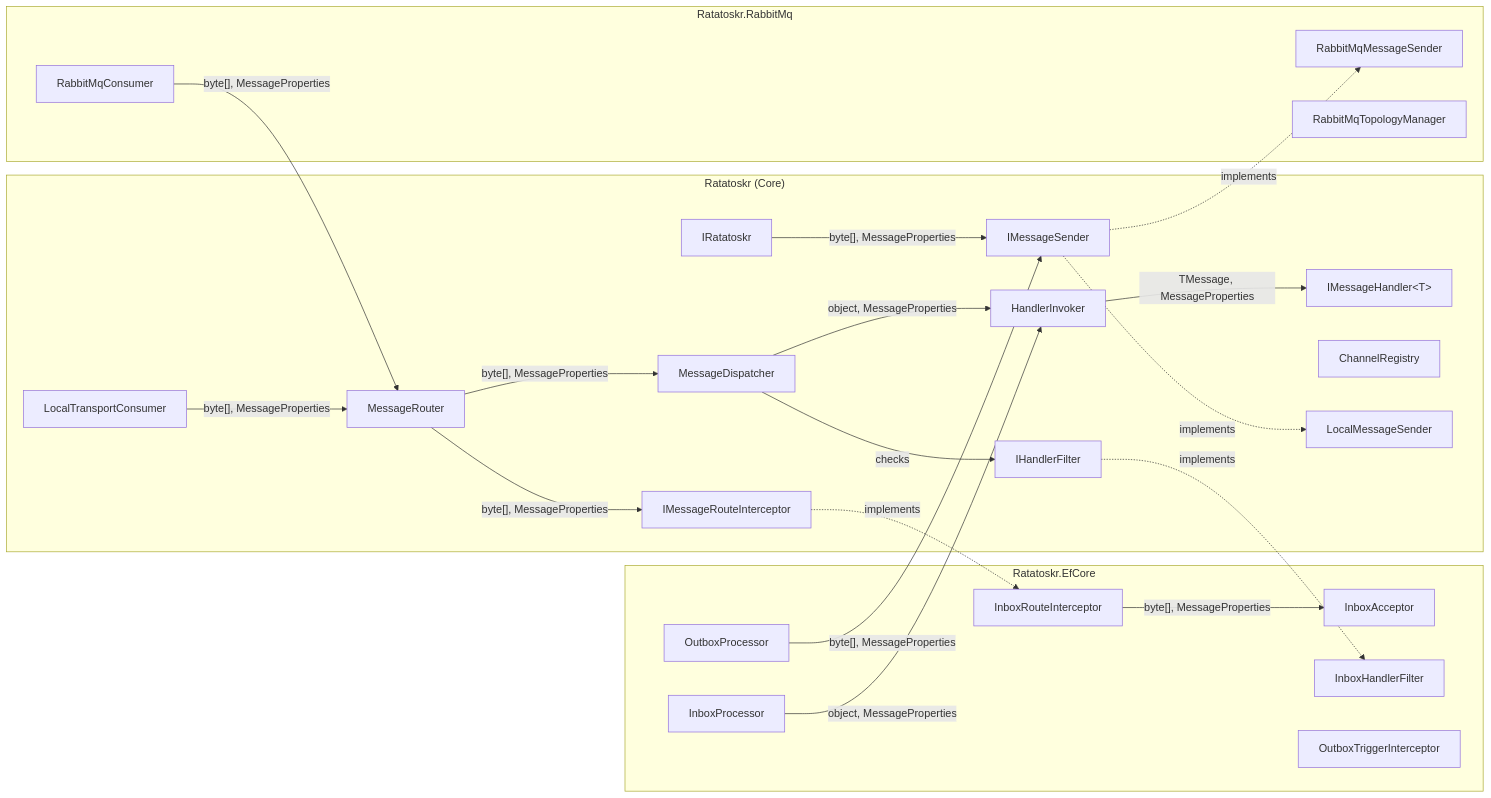
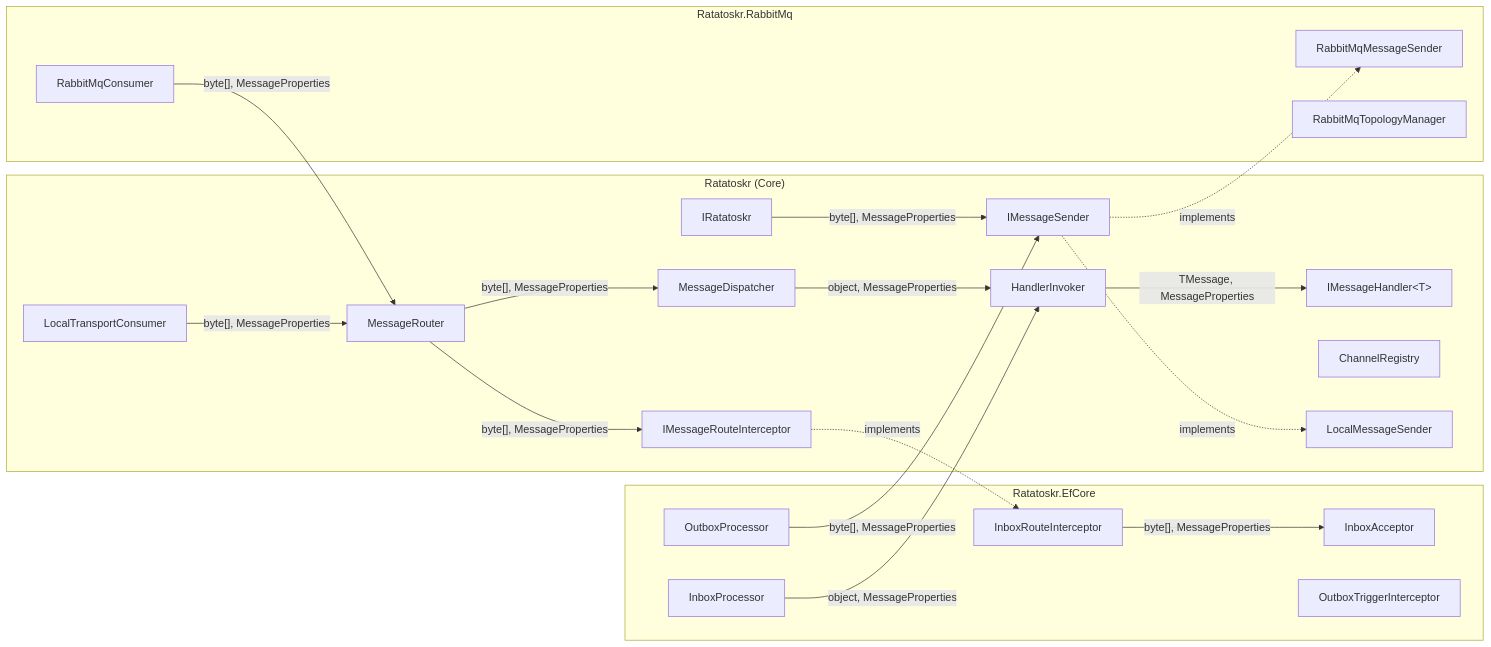
The first of 9 diagrams in docs/architecture.md (saithis/Ratatoskr), drawn with Mermaid before and after one commit. The commit also changed other lines of this file and 51 other files, not shown here.

````diff
--- a/docs/architecture.md
+++ b/docs/architecture.md
@@ -7,47 +7,43 @@
 ```mermaid
 graph LR
     subgraph Core ["Ratatoskr (Core)"]
         IRatatoskr["IRatatoskr"]
         IMessageSender["IMessageSender"]
         IMessageHandler["IMessageHandler&lt;T&gt;"]
         IRouteInterceptor["IMessageRouteInterceptor"]
-        IHandlerFilter["IHandlerFilter"]
         MessageRouter["MessageRouter"]
         MessageDispatcher["MessageDispatcher"]
         HandlerInvoker["HandlerInvoker"]
         ChannelRegistry["ChannelRegistry"]
         LocalSender["LocalMessageSender"]
         LocalConsumer["LocalTransportConsumer"]
     end
 
     subgraph EfCore ["Ratatoskr.EfCore"]
         OutboxProcessor["OutboxProcessor"]
         InboxProcessor["InboxProcessor"]
         InboxAcceptor["InboxAcceptor"]
         InboxInterceptor["InboxRouteInterceptor"]
-        InboxFilter["InboxHandlerFilter"]
         OutboxInterceptor["OutboxTriggerInterceptor"]
     end
 
     subgraph RabbitMq ["Ratatoskr.RabbitMq"]
         RmqSender["RabbitMqMessageSender"]
         RmqConsumer["RabbitMqConsumer"]
         TopologyManager["RabbitMqTopologyManager"]
     end
 
     IRatatoskr -->|"byte[], MessageProperties"| IMessageSender
     IMessageSender -.->|"implements"| LocalSender
     IMessageSender -.->|"implements"| RmqSender
     LocalConsumer -->|"byte[], MessageProperties"| MessageRouter
     RmqConsumer -->|"byte[], MessageProperties"| MessageRouter
     MessageRouter -->|"byte[], MessageProperties"| IRouteInterceptor
     IRouteInterceptor -.->|"implements"| InboxInterceptor
     InboxInterceptor -->|"byte[], MessageProperties"| InboxAcceptor
     MessageRouter -->|"byte[], MessageProperties"| MessageDispatcher
-    MessageDispatcher -->|"checks"| IHandlerFilter
-    IHandlerFilter -.->|"implements"| InboxFilter
     MessageDispatcher -->|"object, MessageProperties"| HandlerInvoker
     InboxProcessor -->|"object, MessageProperties"| HandlerInvoker
     OutboxProcessor -->|"byte[], MessageProperties"| IMessageSender
     HandlerInvoker -->|"TMessage, MessageProperties"| IMessageHandler
 ```
````
